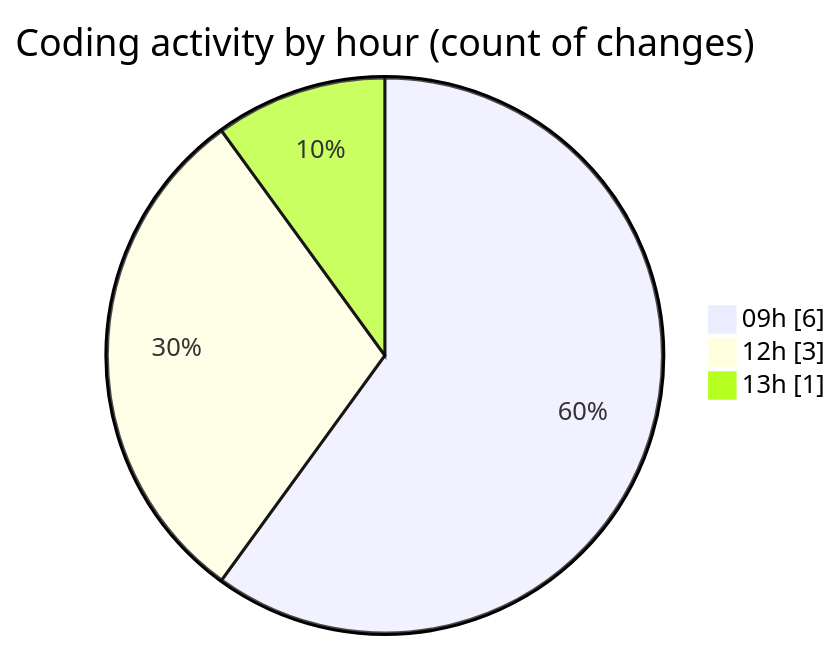
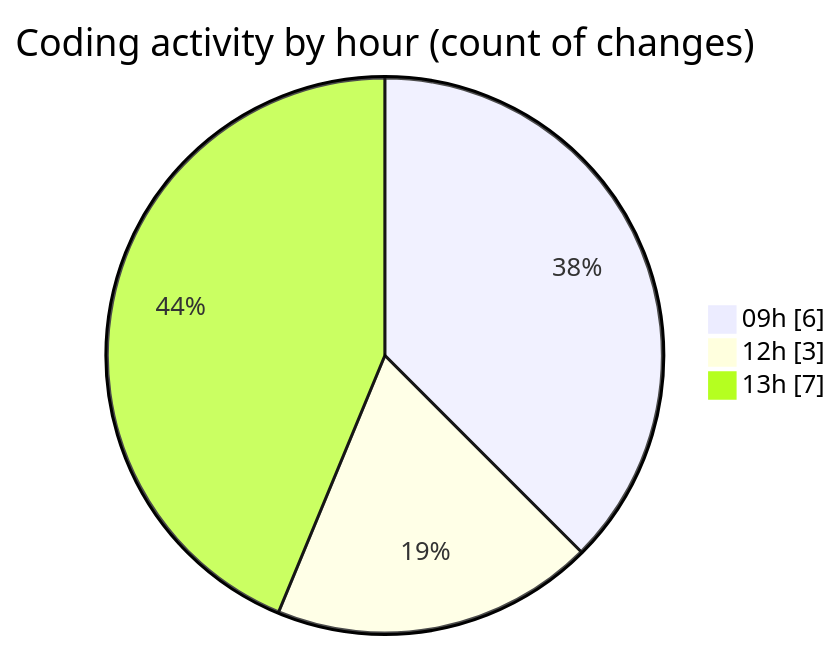
Before and after one commit to momahboobian/code-tracking: the second of 2 diagrams in 2026-09-29/cda/README.md, drawn with Mermaid. The commit also changed other lines of this file and 1 other file, not shown here.

````diff
--- a/2026-09-29/cda/README.md
+++ b/2026-09-29/cda/README.md
@@ -36,7 +42,7 @@
 ```mermaid
 pie showData
 title Coding activity by hour (count of changes)
 "09h" : 6
 "12h" : 3
-"13h" : 1
+"13h" : 7
 ```
````
